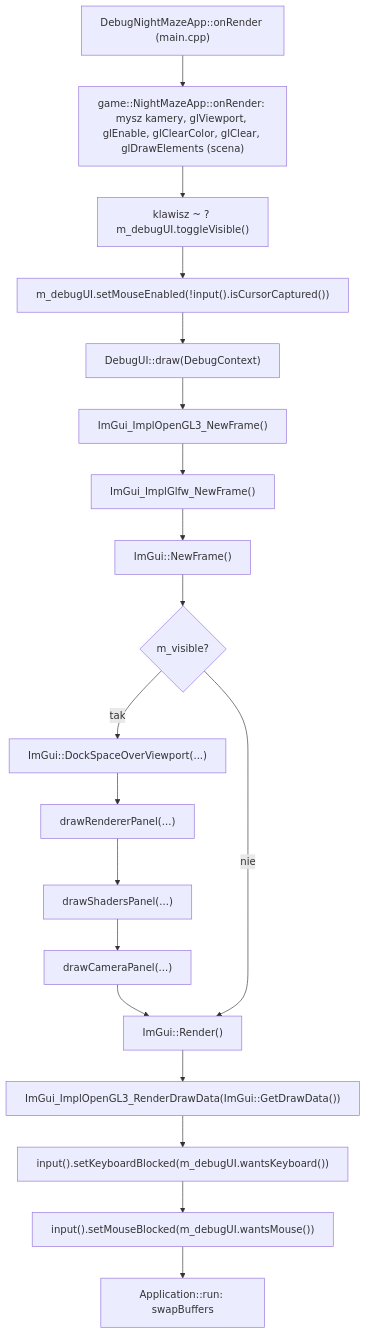
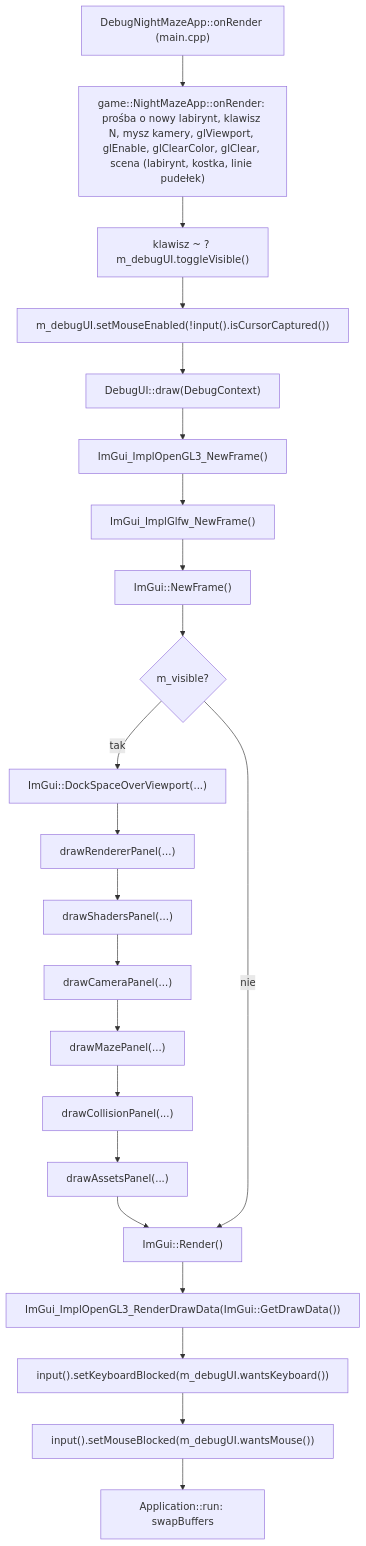
One commit to Shironex/night-maze changed the first of 2 diagrams in docs/modules/debug-ui.md. Above: the diagram before and after it, drawn with Mermaid. The commit also changed other lines of this file and 41 other files, not shown here.

First line of the commit message:
feat(game): draw the textured maze and walk through it

````diff
--- a/docs/modules/debug-ui.md
+++ b/docs/modules/debug-ui.md
@@ -24,21 +24,24 @@
 ```mermaid
 flowchart TD
-    A["DebugNightMazeApp::onRender (main.cpp)"] --> B["game::NightMazeApp::onRender: mysz kamery, glViewport, glEnable, glClearColor, glClear, glDrawElements (scena)"]
+    A["DebugNightMazeApp::onRender (main.cpp)"] --> B["game::NightMazeApp::onRender: prośba o nowy labirynt, klawisz N, mysz kamery, glViewport, glEnable, glClearColor, glClear, scena (labirynt, kostka, linie pudełek)"]
     B --> T["klawisz ~ ? m_debugUI.toggleVisible()"]
     T --> ME["m_debugUI.setMouseEnabled(!input().isCursorCaptured())"]
     ME --> C["DebugUI::draw(DebugContext)"]
     C --> D["ImGui_ImplOpenGL3_NewFrame()"]
     D --> E["ImGui_ImplGlfw_NewFrame()"]
     E --> F["ImGui::NewFrame()"]
     F --> G{"m_visible?"}
     G -->|tak| H["ImGui::DockSpaceOverViewport(...)"]
     H --> I["drawRendererPanel(...)"]
     I --> S["drawShadersPanel(...)"]
     S --> CP["drawCameraPanel(...)"]
-    CP --> J["ImGui::Render()"]
+    CP --> MP["drawMazePanel(...)"]
+    MP --> CO["drawCollisionPanel(...)"]
+    CO --> AP["drawAssetsPanel(...)"]
+    AP --> J["ImGui::Render()"]
     G -->|nie| J
     J --> K["ImGui_ImplOpenGL3_RenderDrawData(ImGui::GetDrawData())"]
     K --> M["input().setKeyboardBlocked(m_debugUI.wantsKeyboard())"]
     M --> N["input().setMouseBlocked(m_debugUI.wantsMouse())"]
     N --> L["Application::run: swapBuffers"]
 ```
````
